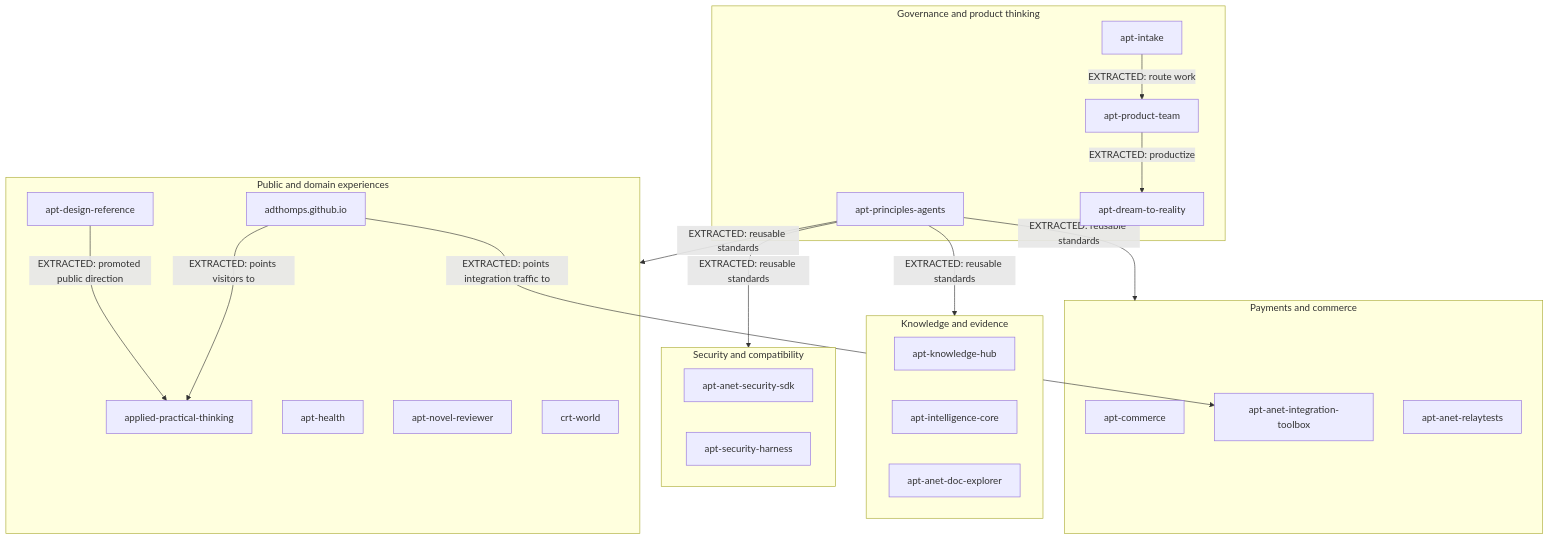
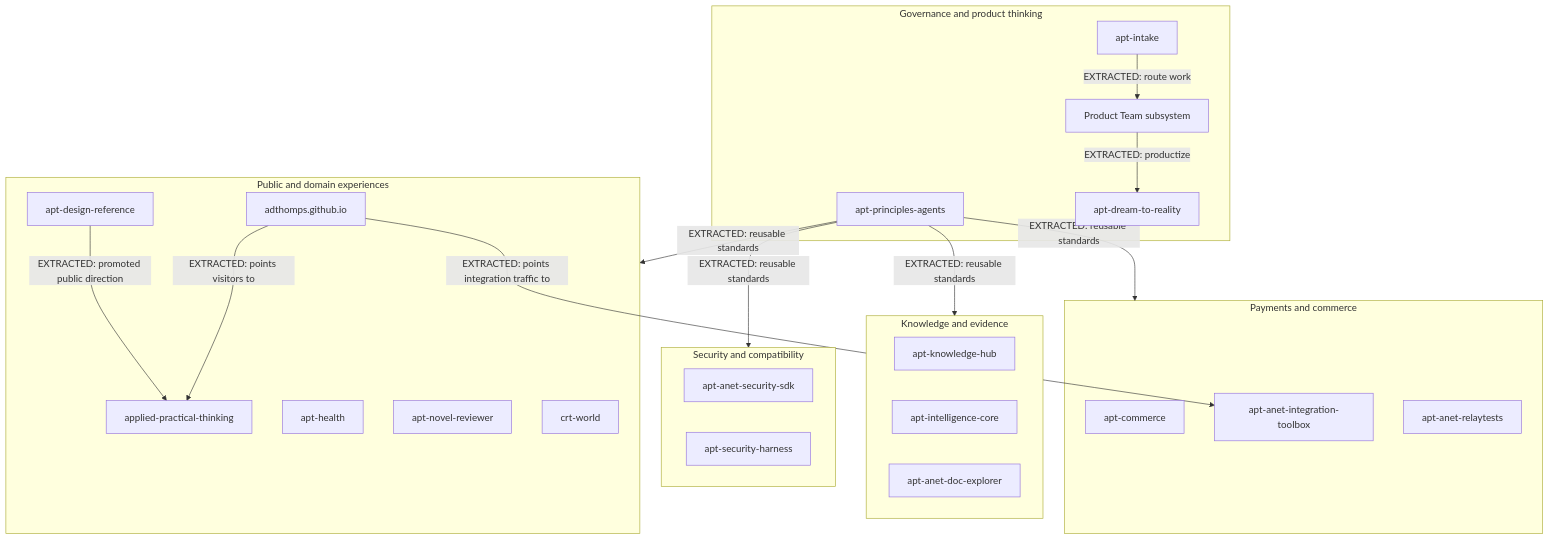
One commit to adthomps/apt-principles-agents changed the fourth of 4 diagrams in docs/diagrams/apt-portfolio-knowledge-system.md. Above: the diagram before and after it, drawn with Mermaid. The commit also changed other lines of this file and 290 other files, not shown here.

````diff
--- a/docs/diagrams/apt-portfolio-knowledge-system.md
+++ b/docs/diagrams/apt-portfolio-knowledge-system.md
@@ -64,40 +64,40 @@
 ```mermaid
 flowchart TB
     subgraph Governance[Governance and product thinking]
       Principles[apt-principles-agents]
       IntakeRepo[apt-intake]
-      Team[apt-product-team]
+      Team[Product Team subsystem]
       DreamRepo[apt-dream-to-reality]
     end
     subgraph Knowledge[Knowledge and evidence]
       Hub[apt-knowledge-hub]
       Intelligence[apt-intelligence-core]
       Docs[apt-anet-doc-explorer]
     end
     subgraph Payments[Payments and commerce]
       Commerce[apt-commerce]
       Toolbox[apt-anet-integration-toolbox]
       Relay[apt-anet-relaytests]
     end
     subgraph Security[Security and compatibility]
       SDK[apt-anet-security-sdk]
       Harness[apt-security-harness]
     end
     subgraph Experiences[Public and domain experiences]
       PublicRepo[applied-practical-thinking]
       Health[apt-health]
       Novel[apt-novel-reviewer]
       Worlds[crt-world]
       Gateway[adthomps.github.io]
       DesignArchive[apt-design-reference]
     end
     Principles -->|EXTRACTED: reusable standards| Knowledge
     Principles -->|EXTRACTED: reusable standards| Payments
     Principles -->|EXTRACTED: reusable standards| Security
     Principles -->|EXTRACTED: reusable standards| Experiences
     IntakeRepo -->|EXTRACTED: route work| Team
     Team -->|EXTRACTED: productize| DreamRepo
     DesignArchive -->|EXTRACTED: promoted public direction| PublicRepo
     Gateway -->|EXTRACTED: points visitors to| PublicRepo
     Gateway -->|EXTRACTED: points integration traffic to| Toolbox
 ```
````
